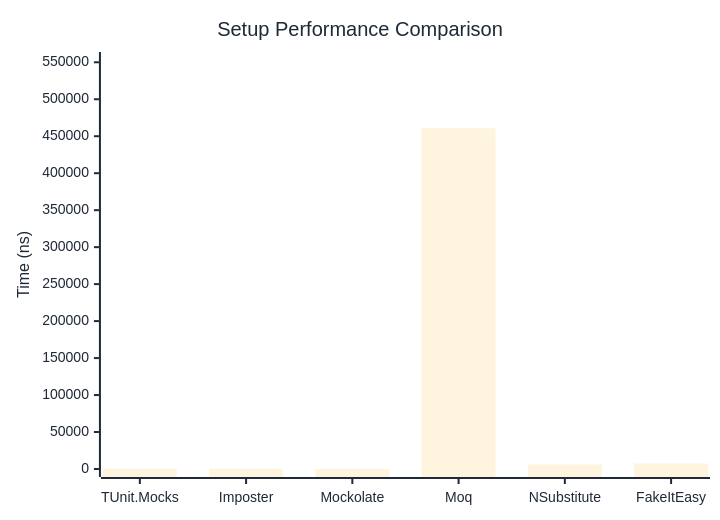
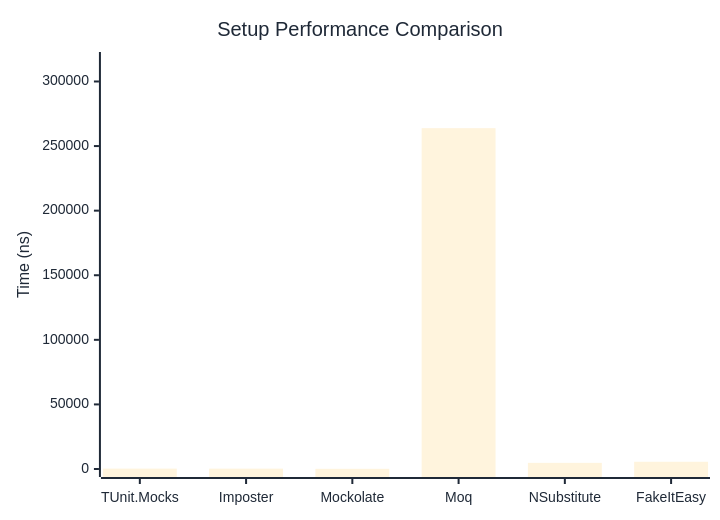
Before and after one commit to thomhurst/TUnit: the first of 2 diagrams in docs/docs/benchmarks/mocks/Setup.md, drawn with Mermaid. The commit also changed other lines of this file and 14 other files, not shown here.

````diff
--- a/docs/docs/benchmarks/mocks/Setup.md
+++ b/docs/docs/benchmarks/mocks/Setup.md
@@ -30,27 +30,27 @@
 ```mermaid
 %%{init: {
   'theme':'base',
   'themeVariables': {
     'primaryColor': '#2563eb',
     'primaryTextColor': '#1f2937',
     'primaryBorderColor': '#1e40af',
     'lineColor': '#6b7280',
     'secondaryColor': '#7c3aed',
     'tertiaryColor': '#dc2626',
     'background': '#ffffff',
     'pie1': '#2563eb',
     'pie2': '#7c3aed',
     'pie3': '#dc2626',
     'pie4': '#f59e0b',
     'pie5': '#10b981',
     'pie6': '#06b6d4',
     'pie7': '#ec4899',
     'pie8': '#6366f1'
   }
 }}%%
 xychart-beta
   title "Setup Performance Comparison"
   x-axis ["TUnit.Mocks", "Imposter", "Mockolate", "Moq", "NSubstitute", "FakeItEasy"]
-  y-axis "Time (ns)" 0 --> 553077
-  bar [319.9, 285.4, 151.8, 460897.2, 6158, 7405.1]
+  y-axis "Time (ns)" 0 --> 316628
+  bar [289.1, 268.2, 133.7, 263856.3, 4765, 5606.5]
 ```
````
